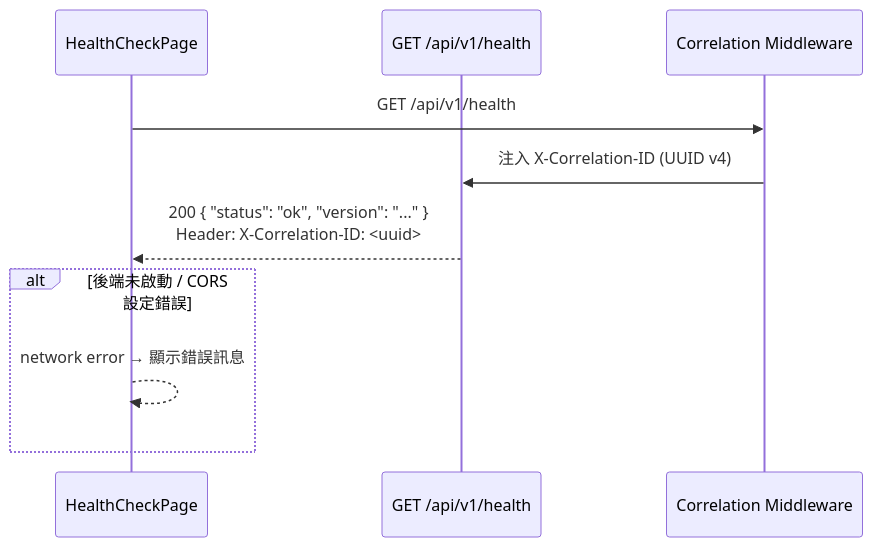
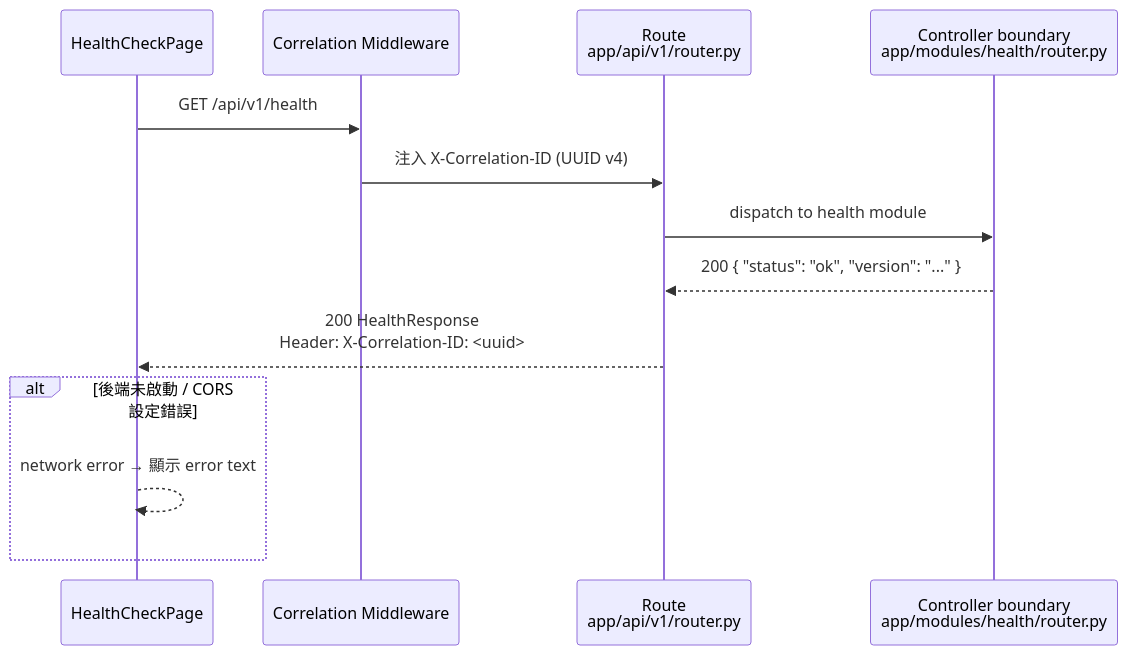
One commit to singyichen/label-suite changed the first of 2 diagrams in specs/foundation/000-foundation/plan.md. Above: the diagram before and after it, drawn with Mermaid. The commit also changed other lines of this file and 2 other files, not shown here.

Commit message:
docs: bump foundation-000 and account-001 plans to v2.0.0, sync STATUS.md

````diff
--- a/specs/foundation/000-foundation/plan.md
+++ b/specs/foundation/000-foundation/plan.md
@@ -169,14 +172,17 @@
 ```mermaid
 sequenceDiagram
     participant Frontend as HealthCheckPage
-    participant API as GET /api/v1/health
     participant Middleware as Correlation Middleware
+    participant Route as Route<br/>app/api/v1/router.py
+    participant Controller as Controller boundary<br/>app/modules/health/router.py
 
     Frontend->>Middleware: GET /api/v1/health
-    Middleware->>API: 注入 X-Correlation-ID (UUID v4)
-    API-->>Frontend: 200 { "status": "ok", "version": "..." }<br/>Header: X-Correlation-ID: <uuid>
+    Middleware->>Route: 注入 X-Correlation-ID (UUID v4)
+    Route->>Controller: dispatch to health module
+    Controller-->>Route: 200 { "status": "ok", "version": "..." }
+    Route-->>Frontend: 200 HealthResponse<br/>Header: X-Correlation-ID: <uuid>
 
     alt 後端未啟動 / CORS 設定錯誤
-        Frontend-->>Frontend: network error → 顯示錯誤訊息
+        Frontend-->>Frontend: network error → 顯示 error text
     end
 ```
````
